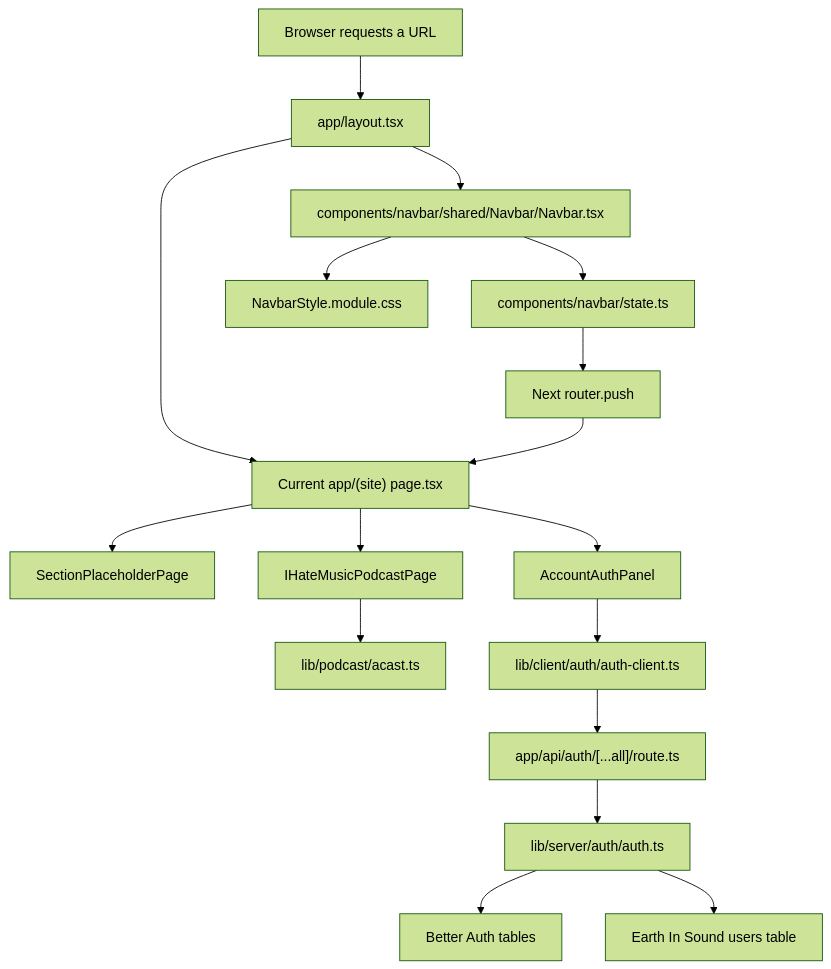
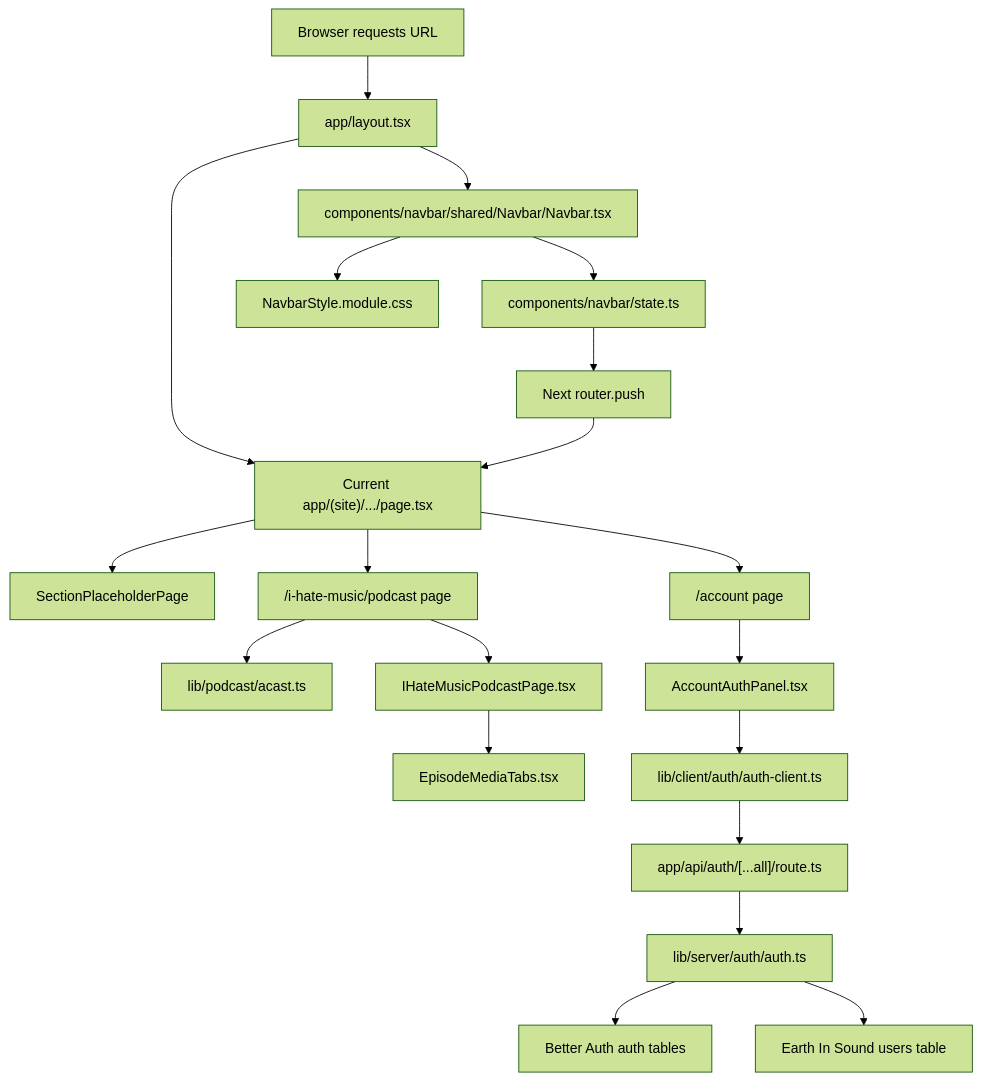
The first of 12 diagrams in PROJECT_LEARNING_FLOW.md (bucketb0t/Earth_In_Sound), drawn with Mermaid (forest theme) before and after one commit. The commit also changed other lines of this file, not shown here.

Commit message:
the project explanation file is now comprehensive and detailed

````diff
--- a/PROJECT_LEARNING_FLOW.md
+++ b/PROJECT_LEARNING_FLOW.md
@@ -25,22 +48,26 @@
 ```mermaid
 flowchart TD
-  Browser["Browser requests a URL"] --> Layout["app/layout.tsx"]
+  Browser["Browser requests URL"] --> Layout["app/layout.tsx"]
   Layout --> Navbar["components/navbar/shared/Navbar/Navbar.tsx"]
-  Layout --> Page["Current app/(site) page.tsx"]
+  Layout --> CurrentPage["Current app/(site)/.../page.tsx"]
 
   Navbar --> NavbarState["components/navbar/state.ts"]
   Navbar --> NavbarCss["NavbarStyle.module.css"]
-  NavbarState --> Router["Next router.push"]
-  Router --> Page
+  NavbarState --> NextRouter["Next router.push"]
+  NextRouter --> CurrentPage
 
-  Page --> Placeholder["SectionPlaceholderPage"]
-  Page --> Podcast["IHateMusicPodcastPage"]
-  Page --> Account["AccountAuthPanel"]
+  CurrentPage --> Placeholder["SectionPlaceholderPage"]
+  CurrentPage --> PodcastRoute["/i-hate-music/podcast page"]
+  CurrentPage --> AccountRoute["/account page"]
 
-  Podcast --> Acast["lib/podcast/acast.ts"]
-  Account --> AuthClient["lib/client/auth/auth-client.ts"]
-  AuthClient --> AuthRoute["app/api/auth/[...all]/route.ts"]
-  AuthRoute --> AuthServer["lib/server/auth/auth.ts"]
-  AuthServer --> AuthTables["Better Auth tables"]
-  AuthServer --> UsersTable["Earth In Sound users table"]
+  PodcastRoute --> AcastParser["lib/podcast/acast.ts"]
+  PodcastRoute --> PodcastFeature["IHateMusicPodcastPage.tsx"]
+  PodcastFeature --> EpisodeMediaTabs["EpisodeMediaTabs.tsx"]
+
+  AccountRoute --> AccountPanel["AccountAuthPanel.tsx"]
+  AccountPanel --> AuthClient["lib/client/auth/auth-client.ts"]
+  AuthClient --> AuthApiRoute["app/api/auth/[...all]/route.ts"]
+  AuthApiRoute --> AuthServer["lib/server/auth/auth.ts"]
+  AuthServer --> BetterAuthTables["Better Auth auth tables"]
+  AuthServer --> ProjectUsers["Earth In Sound users table"]
 ```
````
